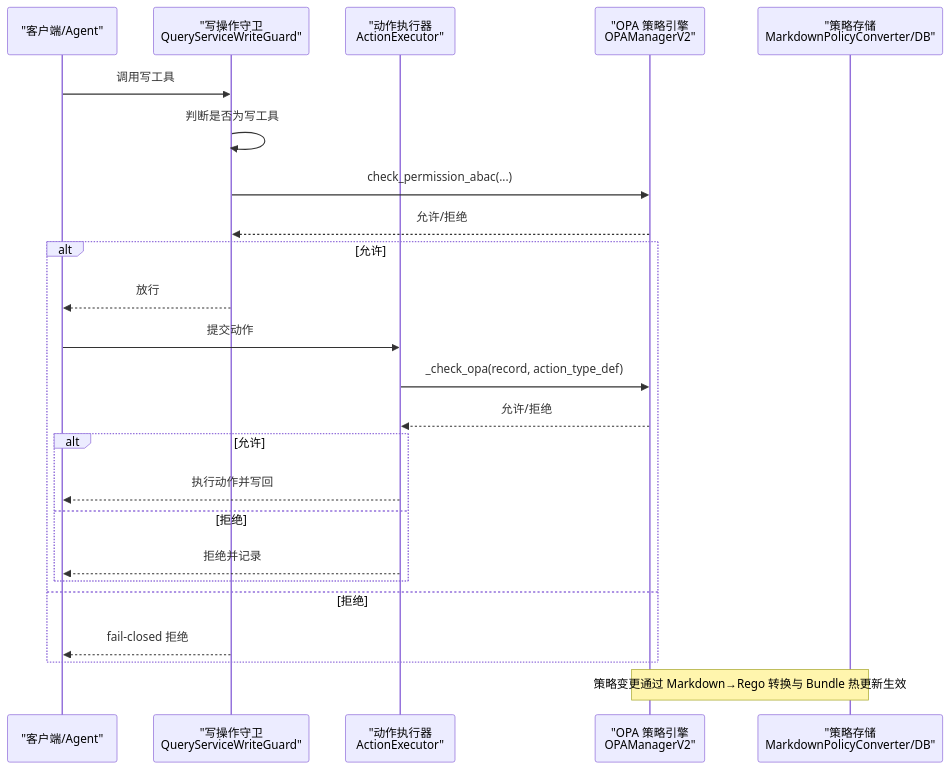
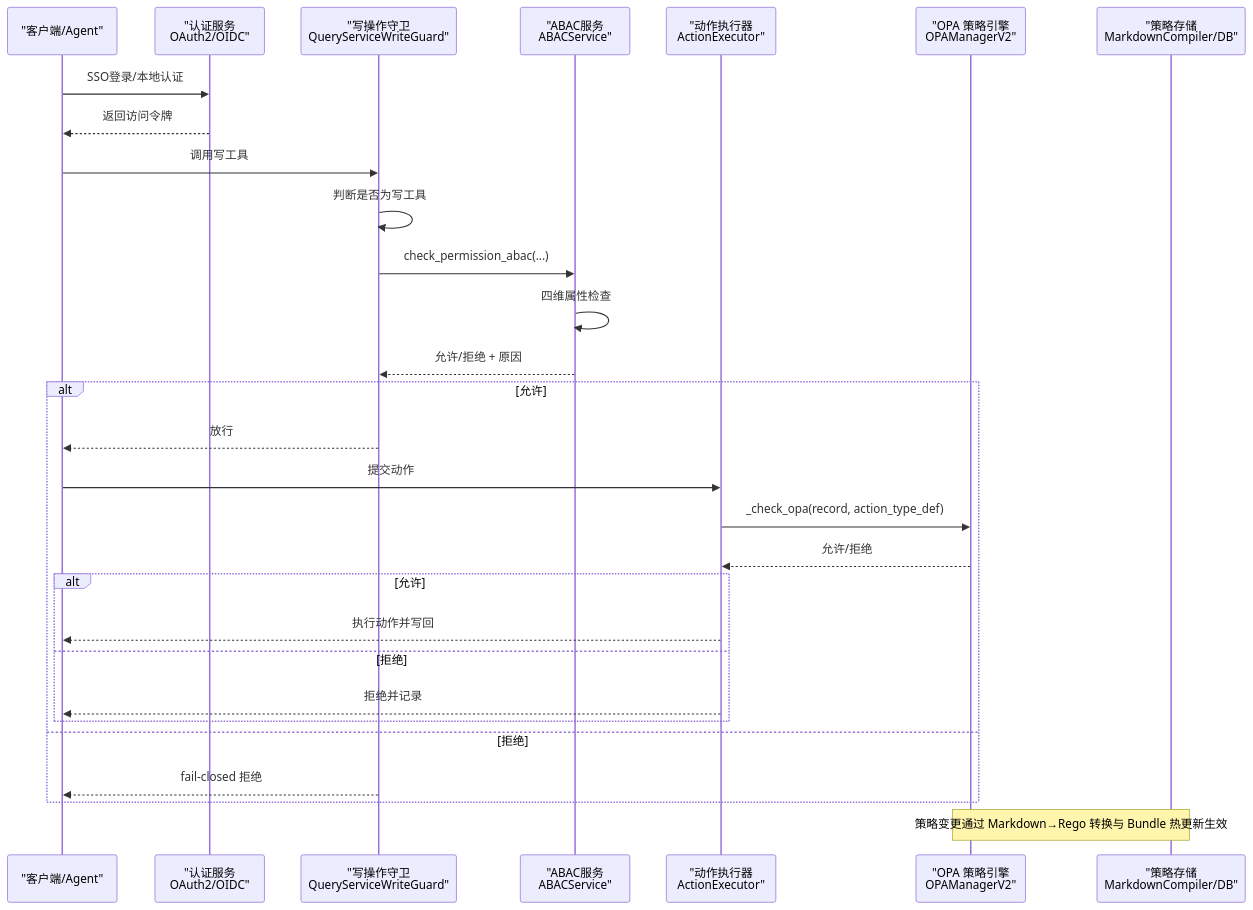
One commit to inier/ontology-graphiti changed the second of 11 diagrams in .qoder/repowiki/zh/content/项目概述/核心特性/策略治理系统/策略治理系统.md. Above: the diagram before and after it, drawn with Mermaid. The commit also changed other lines of this file and 64 other files, not shown here.

````diff
--- a/.qoder/repowiki/zh/content/项目概述/核心特性/策略治理系统/策略治理系统.md
+++ b/.qoder/repowiki/zh/content/项目概述/核心特性/策略治理系统/策略治理系统.md
@@ -109,26 +144,31 @@
 ```mermaid
 sequenceDiagram
 participant Client as "客户端/Agent"
+participant Auth as "认证服务<br/>OAuth2/OIDC"
 participant Guard as "写操作守卫<br/>QueryServiceWriteGuard"
+participant ABAC as "ABAC服务<br/>ABACService"
 participant Exec as "动作执行器<br/>ActionExecutor"
 participant OPA as "OPA 策略引擎<br/>OPAManagerV2"
-participant Store as "策略存储<br/>MarkdownPolicyConverter/DB"
+participant Store as "策略存储<br/>MarkdownCompiler/DB"
+Client->>Auth : SSO登录/本地认证
+Auth-->>Client : 返回访问令牌
 Client->>Guard : 调用写工具
 Guard->>Guard : 判断是否为写工具
-Guard->>OPA : check_permission_abac(...)
-OPA-->>Guard : 允许/拒绝
+Guard->>ABAC : check_permission_abac(...)
+ABAC->>ABAC : 四维属性检查
+ABAC-->>Guard : 允许/拒绝 + 原因
 alt 允许
 Guard-->>Client : 放行
 Client->>Exec : 提交动作
 Exec->>OPA : _check_opa(record, action_type_def)
 OPA-->>Exec : 允许/拒绝
 alt 允许
 Exec-->>Client : 执行动作并写回
 else 拒绝
 Exec-->>Client : 拒绝并记录
 end
 else 拒绝
 Guard-->>Client : fail-closed 拒绝
 end
 Note over OPA,Store : 策略变更通过 Markdown→Rego 转换与 Bundle 热更新生效
 ```
````
